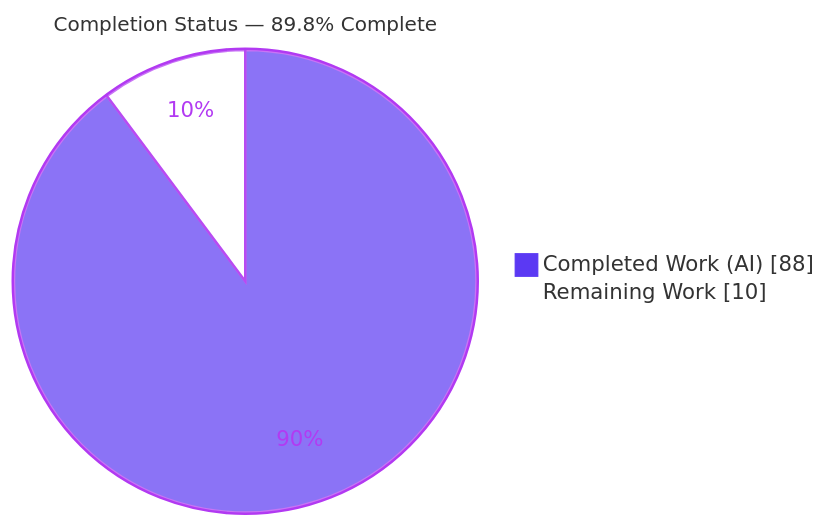
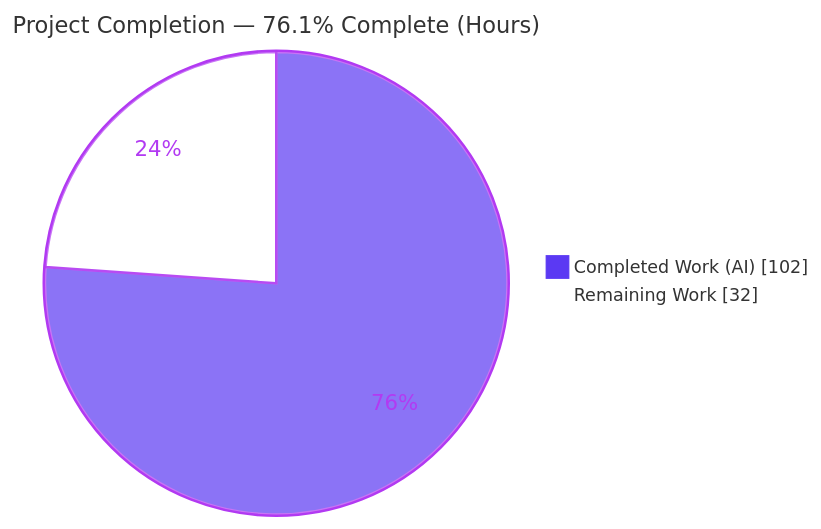
One commit to blitzy-public-samples/ardupilot-blitzy changed the first of 4 diagrams in blitzy/documentation/Project Guide.md. Above: the diagram before and after it, drawn with Mermaid. The commit also changed other lines of this file, not shown here.

Commit message:
Adding Blitzy Project Guide: Project Status and Human Tasks Remaining

````diff
--- a/blitzy/documentation/Project Guide.md
+++ b/blitzy/documentation/Project Guide.md
@@ -13,6 +17,6 @@
 ```mermaid
-%%{init: {'theme':'base', 'themeVariables': {'pie1':'#5B39F3','pie2':'#FFFFFF','pieStrokeColor':'#B23AF2','pieStrokeWidth':'2px','pieOuterStrokeColor':'#B23AF2','pieOuterStrokeWidth':'2px','pieTitleTextSize':'16px','pieSectionTextColor':'#B23AF2'}}}%%
-pie showData title Completion Status — 89.8% Complete
-    "Completed Work (AI)" : 88
-    "Remaining Work" : 10
+%%{init: {'theme':'base', 'themeVariables': {'pie1':'#5B39F3','pie2':'#FFFFFF','pieStrokeColor':'#B23AF2','pieOuterStrokeColor':'#B23AF2','pieStrokeWidth':'2px','pieSectionTextColor':'#B23AF2','pieTitleTextSize':'18px','pieLegendTextSize':'14px'}}}%%
+pie showData title Project Completion — 76.1% Complete (Hours)
+    "Completed Work (AI)" : 102
+    "Remaining Work" : 32
 ```
````
